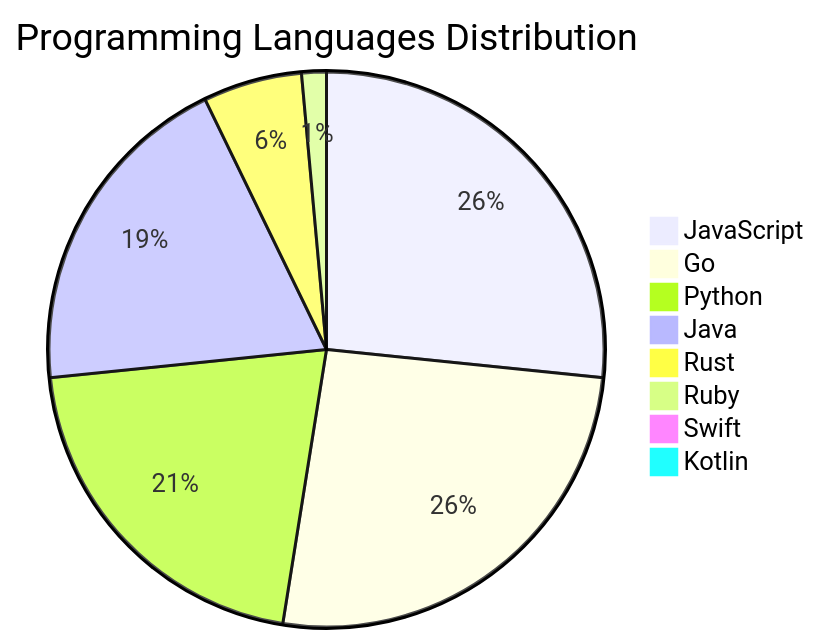
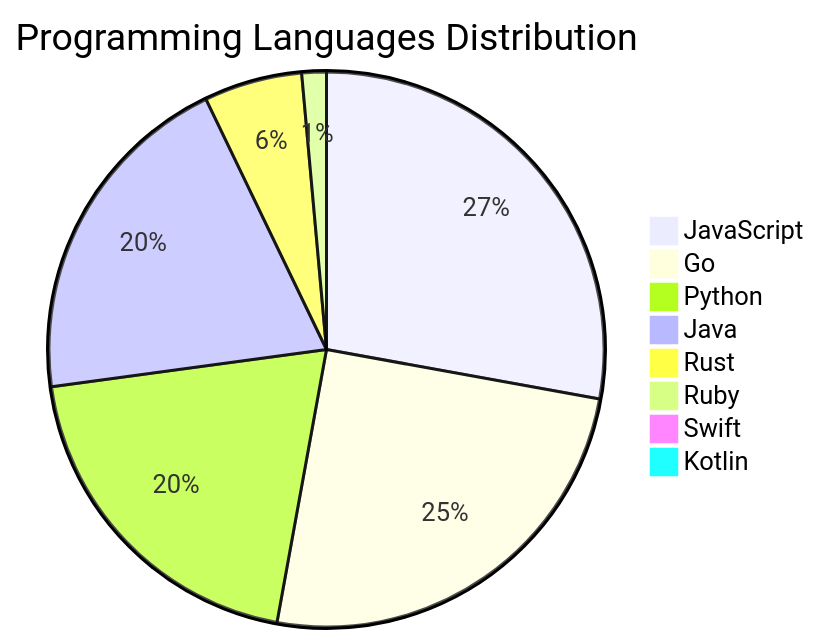
The diagram in README.md (Derrick-MUGISHA/github-activity-bot), drawn with Mermaid before and after one commit. The commit also changed other lines of this file and 4 other files, not shown here.

````diff
--- a/README.md
+++ b/README.md
@@ -209,11 +209,11 @@
 ```mermaid
 pie title Programming Languages Distribution
-    "JavaScript" : 37
-    "Go" : 36
-    "Python" : 29
-    "Java" : 27
+    "JavaScript" : 39
+    "Go" : 35
+    "Python" : 28
+    "Java" : 28
     "Rust" : 8
     "Ruby" : 2
     "Swift" : 1
     "Kotlin" : 1
 ```
````
